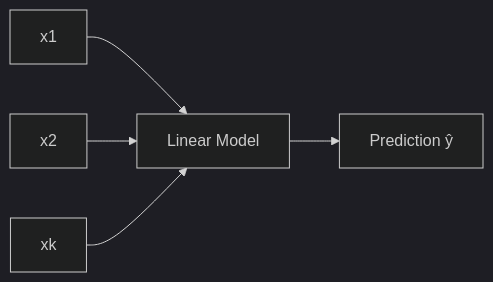
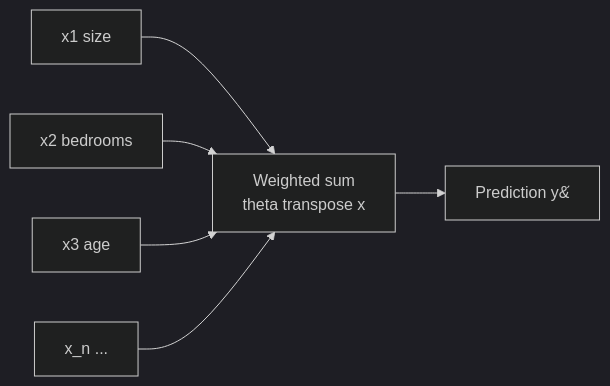
Before and after one commit to Ravikisha/PythonCentralHub: the diagram in src/content/docs/Machine Learning/Phase 03 - Supervised Learning - Regression/Multiple Linear Regression.mdx, drawn with Mermaid (dark theme). The commit also changed other lines of this file and 1327 other files, not shown here.

````diff
--- a/src/content/docs/Machine Learning/Phase 03 - Supervised Learning - Regression/Multiple Linear Regression.mdx
+++ b/src/content/docs/Machine Learning/Phase 03 - Supervised Learning - Regression/Multiple Linear Regression.mdx
@@ -14,7 +33,8 @@
 ```mermaid
 flowchart LR
-  X1[x1] --> M[Linear Model]
-  X2[x2] --> M
-  Xk[xk] --> M
-  M --> Y[Prediction ŷ]
+  X1["x1  size"] --> M["Weighted sum<br/>theta transpose x"]
+  X2["x2  bedrooms"] --> M
+  X3["x3  age"] --> M
+  XN["x_n  ..."] --> M
+  M --> Y["Prediction y&#770;"]
 ```
````
